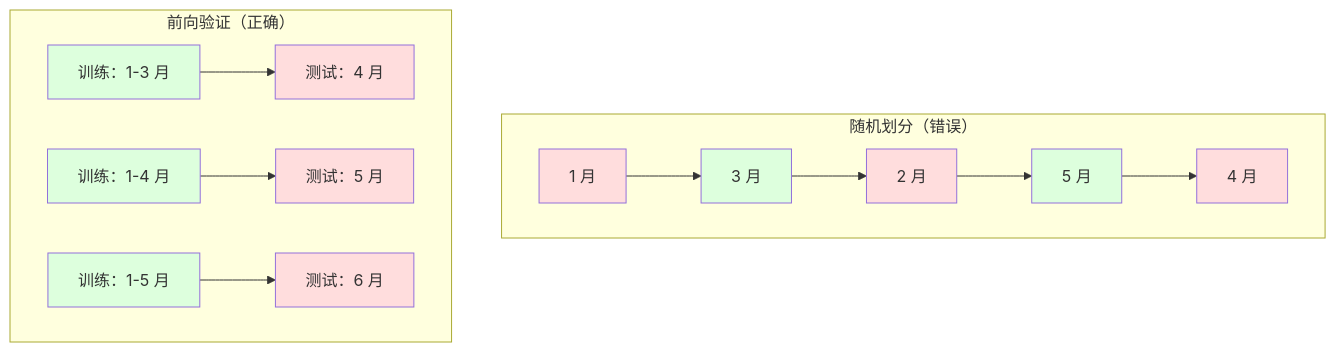
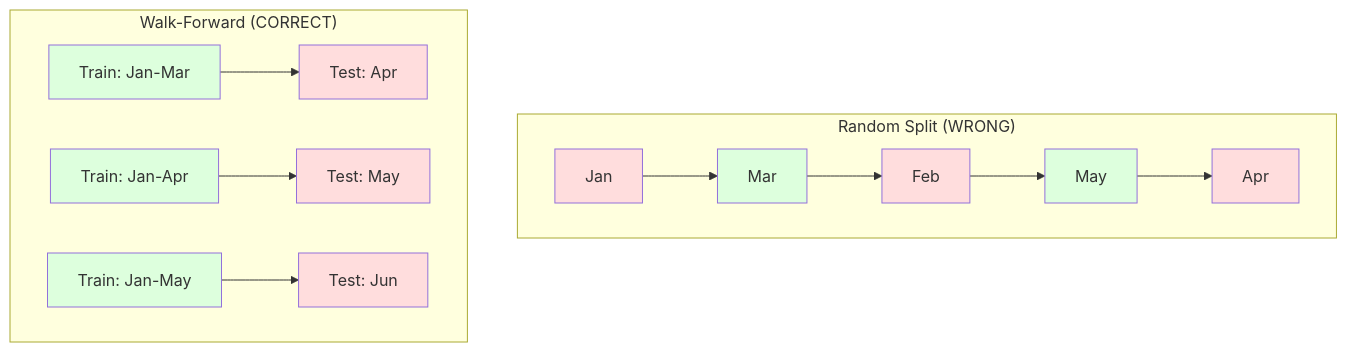
Before and after one commit to xiaojiaenen/ai-engineering-from-scratch-zh: the third of 3 diagrams in i18n/zh/phases/02-ml-fundamentals/15-time-series/docs/zh.md, drawn with Mermaid. The commit also changed other lines of this file and 18 other files, not shown here.

````diff
--- a/i18n/zh/phases/02-ml-fundamentals/15-time-series/docs/zh.md
+++ b/i18n/zh/phases/02-ml-fundamentals/15-time-series/docs/zh.md
@@ -151,28 +151,28 @@
 ```mermaid
 flowchart TD
-    subgraph WRONG["随机划分（错误）"]
+    subgraph WRONG["Random Split (WRONG)"]
         direction LR
-        W1[1 月] --> W2[3 月]
-        W2 --> W3[2 月]
-        W3 --> W4[5 月]
-        W4 --> W5[4 月]
+        W1[Jan] --> W2[Mar]
+        W2 --> W3[Feb]
+        W3 --> W4[May]
+        W4 --> W5[Apr]
         style W1 fill:#fdd
         style W3 fill:#fdd
         style W5 fill:#fdd
         style W2 fill:#dfd
         style W4 fill:#dfd
     end
 
-    subgraph RIGHT["前向验证（正确）"]
+    subgraph RIGHT["Walk-Forward (CORRECT)"]
         direction LR
-        R1["训练：1-3 月"] --> R2["测试：4 月"]
-        R3["训练：1-4 月"] --> R4["测试：5 月"]
-        R5["训练：1-5 月"] --> R6["测试：6 月"]
+        R1["Train: Jan-Mar"] --> R2["Test: Apr"]
+        R3["Train: Jan-Apr"] --> R4["Test: May"]
+        R5["Train: Jan-May"] --> R6["Test: Jun"]
         style R1 fill:#dfd
         style R2 fill:#fdd
         style R3 fill:#dfd
         style R4 fill:#fdd
         style R5 fill:#dfd
         style R6 fill:#fdd
     end
 ```
````
